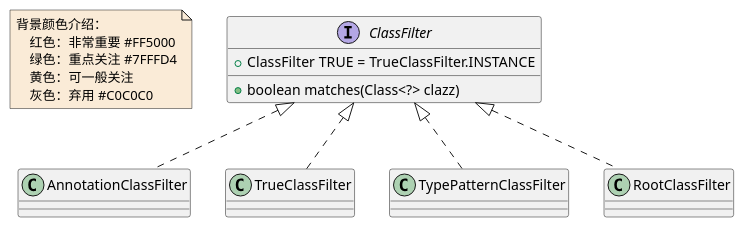
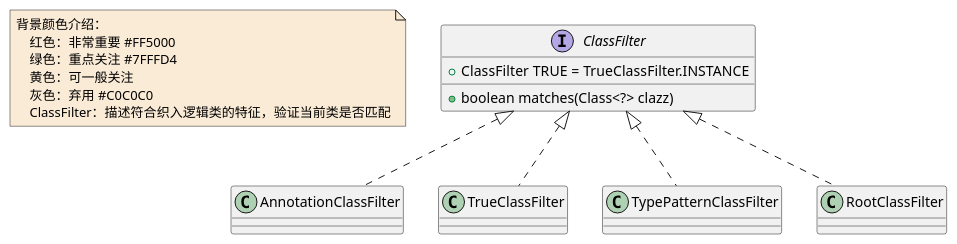
One commit to czwer/learn-spring-code changed the diagram in document/spring/base/class/AOP-ClassFliter-class.puml. Above: the diagram before and after it, drawn with PlantUML. The commit also changed 9 other files, not shown here.

```diff
--- a/document/spring/base/class/AOP-ClassFliter-class.puml
+++ b/document/spring/base/class/AOP-ClassFliter-class.puml
@@ -1,30 +1,31 @@
 @startuml
 
 note  as N1 #FAEBD7
     背景颜色介绍：
         红色：非常重要 #FF5000
         绿色：重点关注 #7FFFD4
         黄色：可一般关注
         灰色：弃用 #C0C0C0
+        ClassFilter：描述符合织入逻辑类的特征，验证当前类是否匹配
 end note
 
 
 
 interface ClassFilter
 ClassFilter : +boolean matches(Class<?> clazz)
 ClassFilter : +ClassFilter TRUE = TrueClassFilter.INSTANCE
 class AnnotationClassFilter
 class TrueClassFilter
 class TypePatternClassFilter
 class RootClassFilter
 
 
 
 ClassFilter <|.. AnnotationClassFilter
 ClassFilter <|.. TrueClassFilter
 ClassFilter <|.. TypePatternClassFilter
 ClassFilter <|.. RootClassFilter
 
 
 
 @enduml
```
